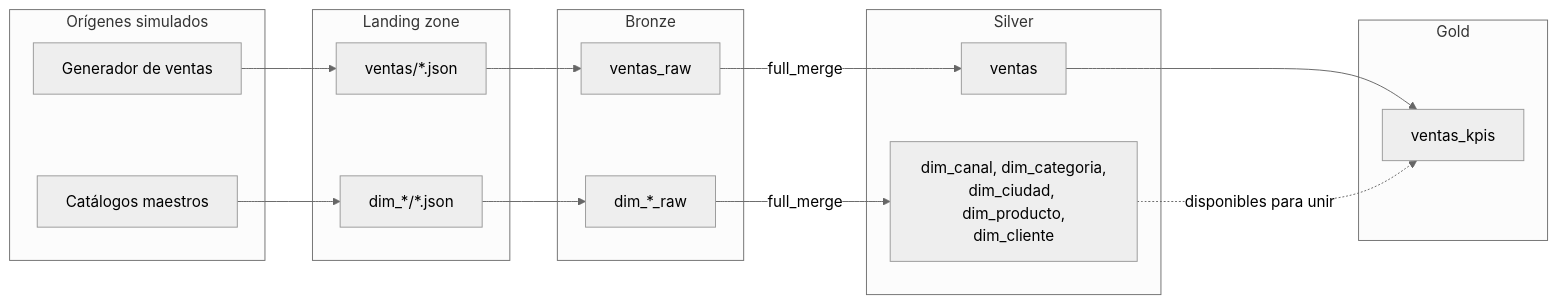
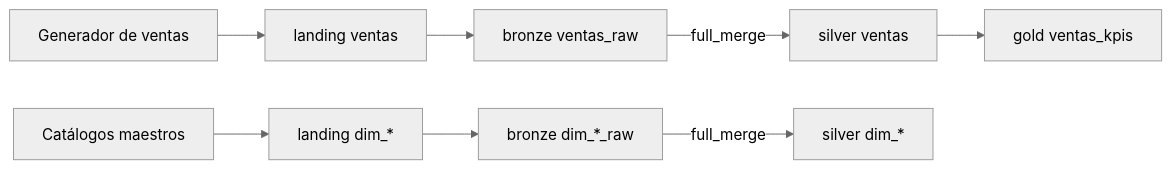
The diagram in use_cases/batch/README.md (brrsanchezfi/TFM_nticmaster), drawn with Mermaid (neutral theme) before and after one commit. The commit also changed other lines of this file and 24 other files, not shown here.

````diff
--- a/use_cases/batch/README.md
+++ b/use_cases/batch/README.md
@@ -13,30 +8,7 @@
 ```mermaid
 flowchart LR
-    subgraph origen[Orígenes simulados]
-        G1[Generador de ventas]
-        G2[Catálogos maestros]
-    end
-
-    subgraph landing[Landing zone]
-        L1[ventas/*.json]
-        L2[dim_*/*.json]
-    end
-
-    subgraph bronze[Bronze]
-        B1[ventas_raw]
-        B2[dim_*_raw]
-    end
-
-    subgraph silver[Silver]
-        S1[ventas]
-        S2[dim_canal, dim_categoria,<br/>dim_ciudad, dim_producto,<br/>dim_cliente]
-    end
-
-    subgraph gold[Gold]
-        O1[ventas_kpis]
-    end
-
-    G1 --> L1 --> B1 -->|full_merge| S1 --> O1
-    G2 --> L2 --> B2 -->|full_merge| S2
-    S2 -.disponibles para unir.-> O1
+    G1[Generador de ventas] --> L1[landing ventas] --> B1[bronze ventas_raw]
+    G2[Catálogos maestros] --> L2[landing dim_*] --> B2[bronze dim_*_raw]
+    B1 -->|full_merge| S1[silver ventas] --> O1[gold ventas_kpis]
+    B2 -->|full_merge| S2[silver dim_*]
 ```
````
